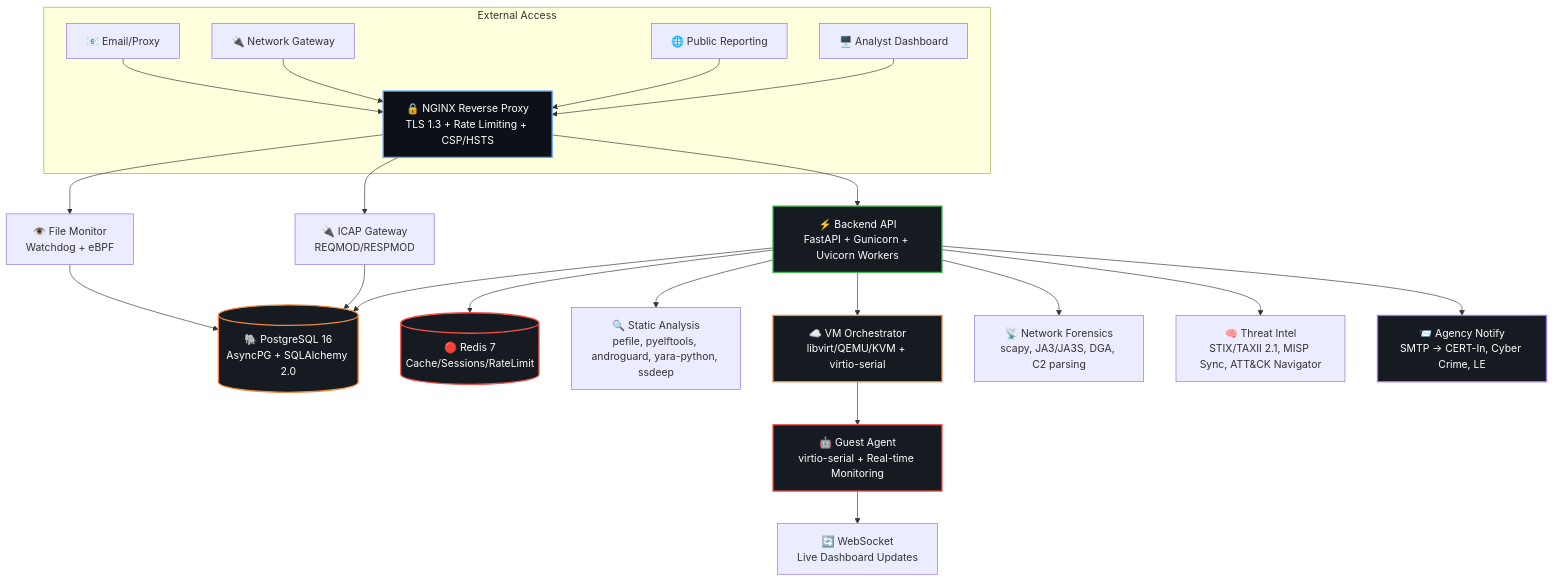
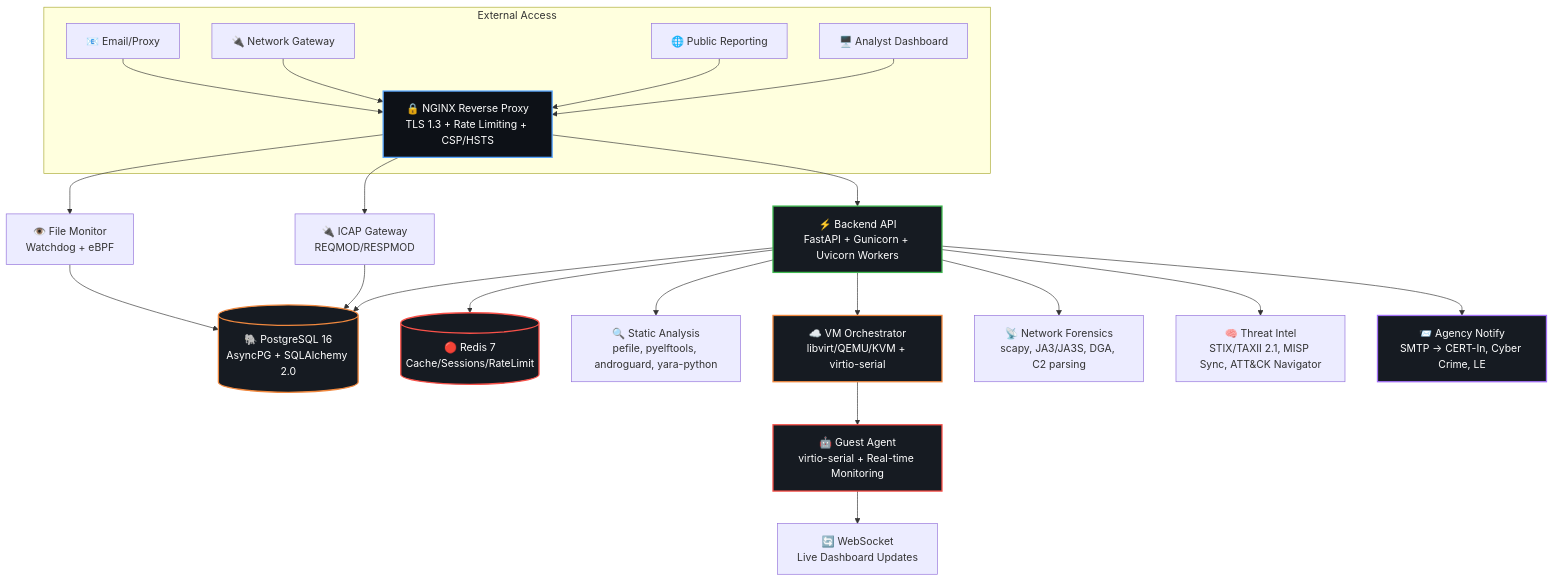
The first of 2 diagrams in README.md (xC0D3F4TH3R/MALINFOx), drawn with Mermaid before and after one commit. The commit also changed other lines of this file, not shown here.

````diff
--- a/README.md
+++ b/README.md
@@ -78,37 +77,37 @@
 ```mermaid
 graph TB
     subgraph "External Access"
         A[🖥️ Analyst Dashboard] --> N
         B[🌐 Public Reporting] --> N
         C[🔌 Network Gateway] --> N
         D[📧 Email/Proxy] --> N
     end
 
     N[🔒 NGINX Reverse Proxy<br/>TLS 1.3 + Rate Limiting + CSP/HSTS]
     N --> API[⚡ Backend API<br/>FastAPI + Gunicorn + Uvicorn Workers]
     N --> ICAP[🔌 ICAP Gateway<br/>REQMOD/RESPMOD]
     N --> MON[👁️ File Monitor<br/>Watchdog + eBPF]
 
     API --> DB[(🐘 PostgreSQL 16<br/>AsyncPG + SQLAlchemy 2.0)]
     API --> REDIS[(🔴 Redis 7<br/>Cache/Sessions/RateLimit)]
     ICAP --> DB
     MON --> DB
 
-    API --> SA[🔍 Static Analysis<br/>pefile, pyelftools, androguard, yara-python, ssdeep]
+    API --> SA[🔍 Static Analysis<br/>pefile, pyelftools, androguard, yara-python]
     API --> VM[☁️ VM Orchestrator<br/>libvirt/QEMU/KVM + virtio-serial]
     API --> NF[📡 Network Forensics<br/>scapy, JA3/JA3S, DGA, C2 parsing]
 
     VM --> GA[🤖 Guest Agent<br/>virtio-serial + Real-time Monitoring]
     GA --> WS[🔄 WebSocket<br/>Live Dashboard Updates]
 
     API --> TI[🧠 Threat Intel<br/>STIX/TAXII 2.1, MISP Sync, ATT&CK Navigator]
     API --> AN[📨 Agency Notify<br/>SMTP → CERT-In, Cyber Crime, LE]
 
     style N fill:#0d1117,stroke:#58a6ff,stroke-width:2px,color:#fff
     style API fill:#161b22,stroke:#3fb950,stroke-width:2px,color:#fff
     style VM fill:#161b22,stroke:#f0883e,stroke-width:2px,color:#fff
     style GA fill:#161b22,stroke:#f85149,stroke-width:2px,color:#fff
     style AN fill:#161b22,stroke:#a371f7,stroke-width:2px,color:#fff
     style DB fill:#161b22,stroke:#f0883e,stroke-width:2px,color:#fff
     style REDIS fill:#161b22,stroke:#f85149,stroke-width:2px,color:#fff
 ```
````
